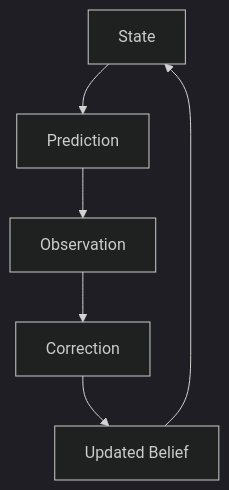
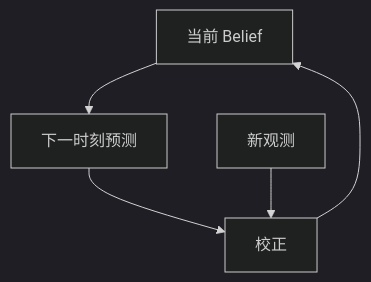
One commit to hyandnn/my-learning-notes changed the second of 3 diagrams in docs/slam/foundations/summary.md. Above: the diagram before and after it, drawn with Mermaid (dark theme). The commit also changed other lines of this file and 11 other files, not shown here.

````diff
--- a/docs/slam/foundations/summary.md
+++ b/docs/slam/foundations/summary.md
@@ -89,10 +91,7 @@
 ```mermaid
 flowchart TD
-    S["State"]
-    P["Prediction"]
-    O["Observation"]
-    C["Correction"]
-    B["Updated Belief"]
-
-    S --> P --> O --> C --> B --> S
+    B["当前 Belief"] --> P["下一时刻预测"]
+    P --> C["校正"]
+    O["新观测"] --> C
+    C --> B
 ```
````
